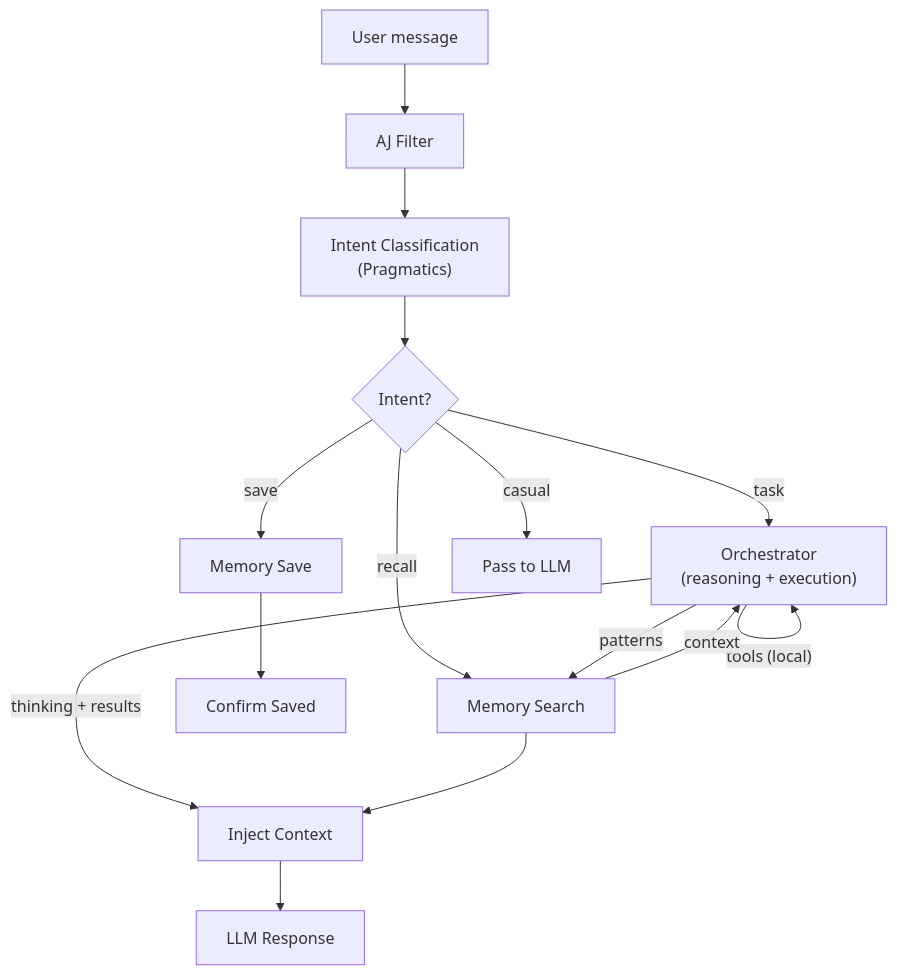
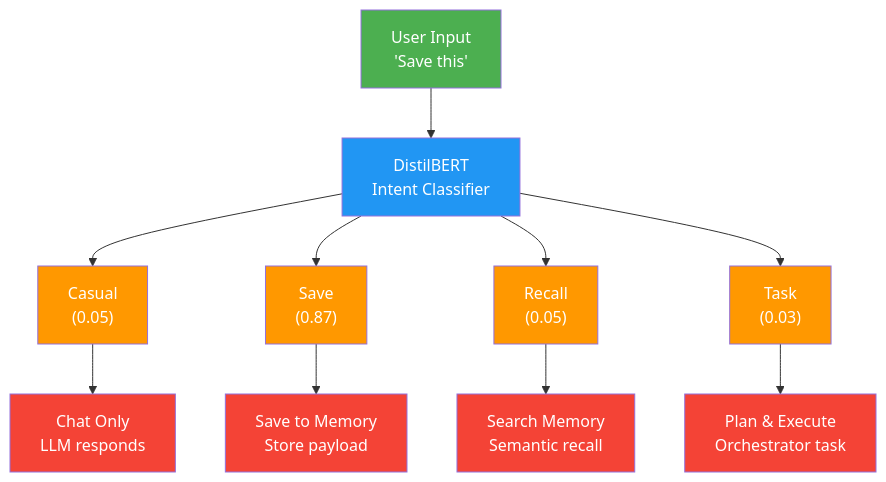
Before and after one commit to ianwesterfield/aj.westerfield.cloud: the fifth of 7 diagrams in README.md, drawn with Mermaid. The commit also changed other lines of this file and 12 other files, not shown here.

````diff
--- a/README.md
+++ b/README.md
@@ -33,17 +220,24 @@
 ```mermaid
-flowchart TD
-    A["User message"] --> B["AJ Filter"]
-    B --> C["Intent Classification<br/>(Pragmatics)"]
-    C --> D{"Intent?"}
-    D -->|task| E["Orchestrator<br/>(reasoning + execution)"]
-    D -->|recall| F["Memory Search"]
-    D -->|save| G["Memory Save"]
-    D -->|casual| H["Pass to LLM"]
-    E -->|"tools (local)"| E
-    E -->|patterns| F
-    F -->|context| E
-    E -->|thinking + results| J["Inject Context"]
-    F --> J
-    G --> K["Confirm Saved"]
-    J --> L["LLM Response"]
+graph TB
+    A["User Input<br/>'Save this'"] --> B["DistilBERT<br/>Intent Classifier"]
+    B --> C["Casual<br/>(0.05)"]
+    B --> D["Save<br/>(0.87)"]
+    B --> E["Recall<br/>(0.05)"]
+    B --> F["Task<br/>(0.03)"]
+
+    C --> C1["Chat Only<br/>LLM responds"]
+    D --> D1["Save to Memory<br/>Store payload"]
+    E --> E1["Search Memory<br/>Semantic recall"]
+    F --> F1["Plan & Execute<br/>Orchestrator task"]
+
+    style A fill:#4CAF50,color:#fff
+    style B fill:#2196F3,color:#fff
+    style C fill:#FF9800,color:#fff
+    style D fill:#FF9800,color:#fff
+    style E fill:#FF9800,color:#fff
+    style F fill:#FF9800,color:#fff
+    style C1 fill:#F44336,color:#fff
+    style D1 fill:#F44336,color:#fff
+    style E1 fill:#F44336,color:#fff
+    style F1 fill:#F44336,color:#fff
 ```
````
